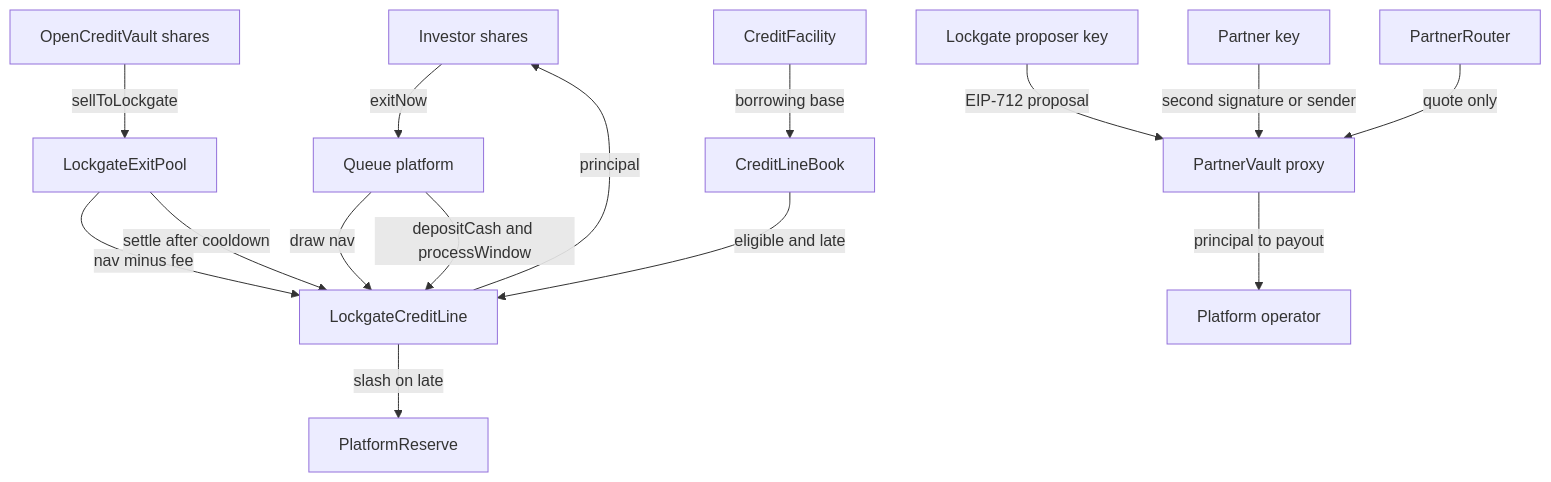
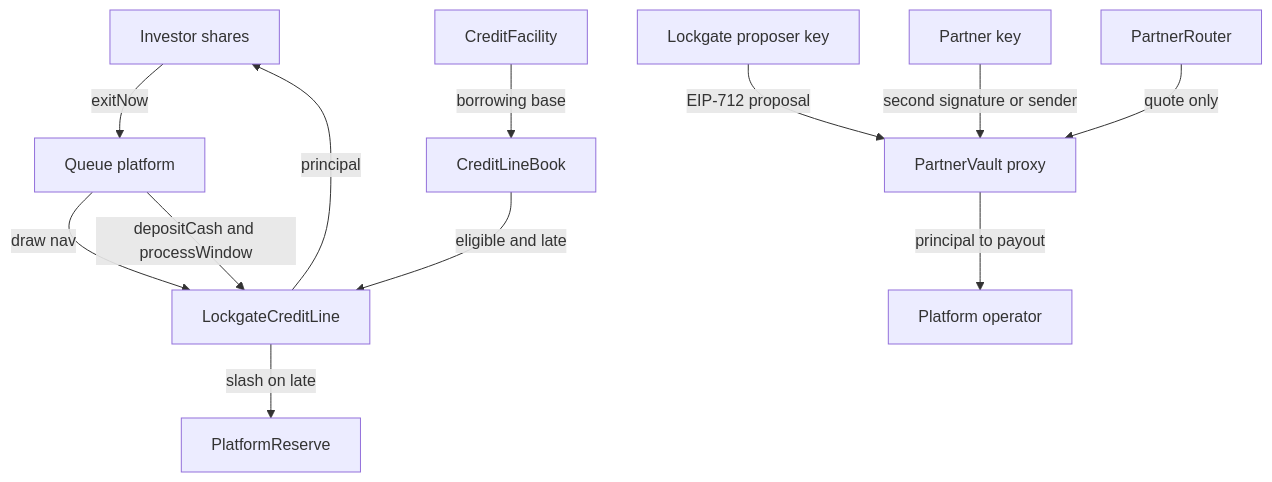
The diagram in docs/ARCHITECTURE.md (gabrielantonyxaviour/lockgate-open-house), drawn with Mermaid before and after one commit. The commit also changed other lines of this file and 24 other files, not shown here.

````diff
--- a/docs/ARCHITECTURE.md
+++ b/docs/ARCHITECTURE.md
@@ -9,17 +9,14 @@
 ```mermaid
 flowchart TD
   investor[Investor shares] -->|exitNow| platform[Queue platform]
   platform -->|draw nav| line[LockgateCreditLine]
   line -->|principal| investor
   platform -->|depositCash and processWindow| line
   line -->|slash on late| reserve[PlatformReserve]
-  open[OpenCreditVault shares] -->|sellToLockgate| pool[LockgateExitPool]
-  pool -->|nav minus fee| line
-  pool -->|settle after cooldown| line
   engine[Lockgate proposer key] -->|EIP-712 proposal| vault[PartnerVault proxy]
   partner[Partner key] -->|second signature or sender| vault
   router[PartnerRouter] -->|quote only| vault
   vault -->|principal to payout| platformEoa[Platform operator]
   facility[CreditFacility] -->|borrowing base| book[CreditLineBook]
   book -->|eligible and late| line
 ```
````
